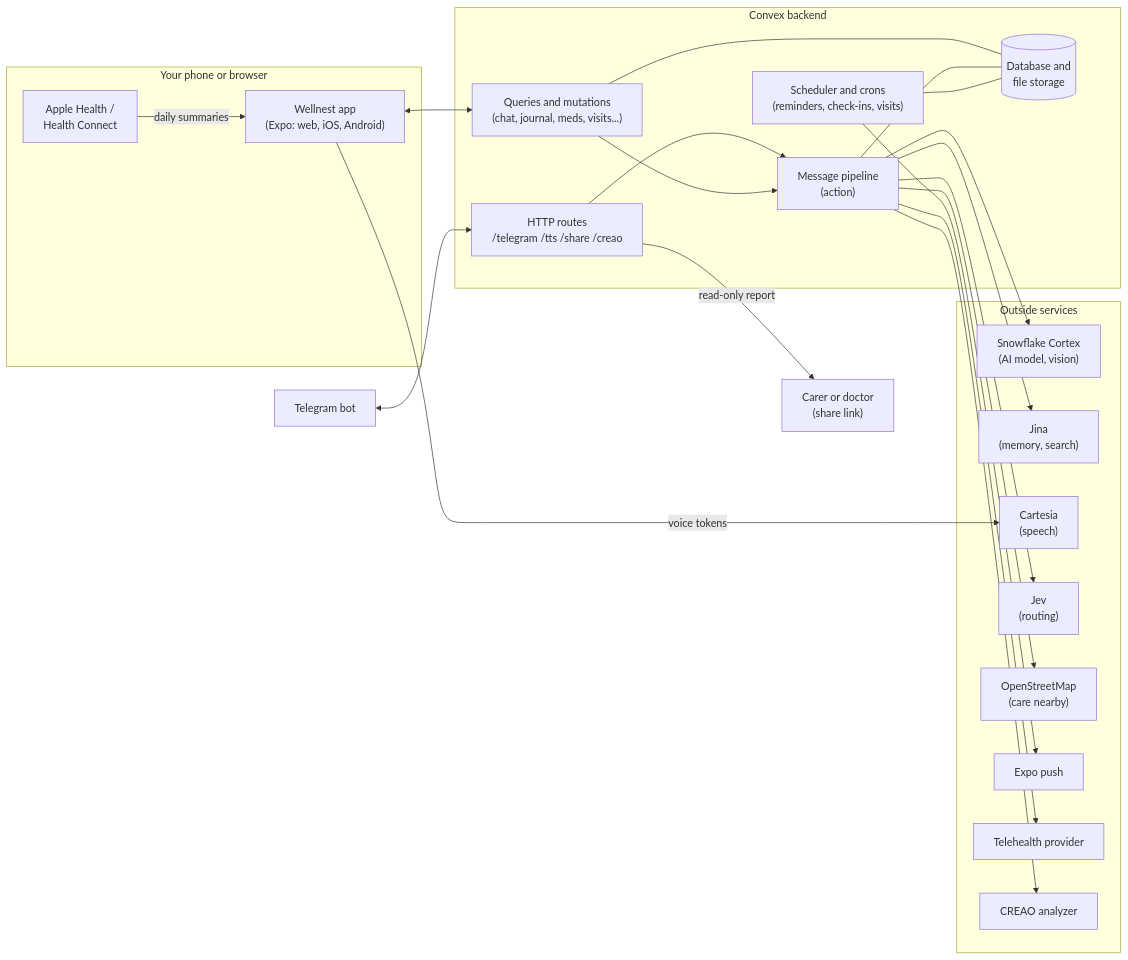
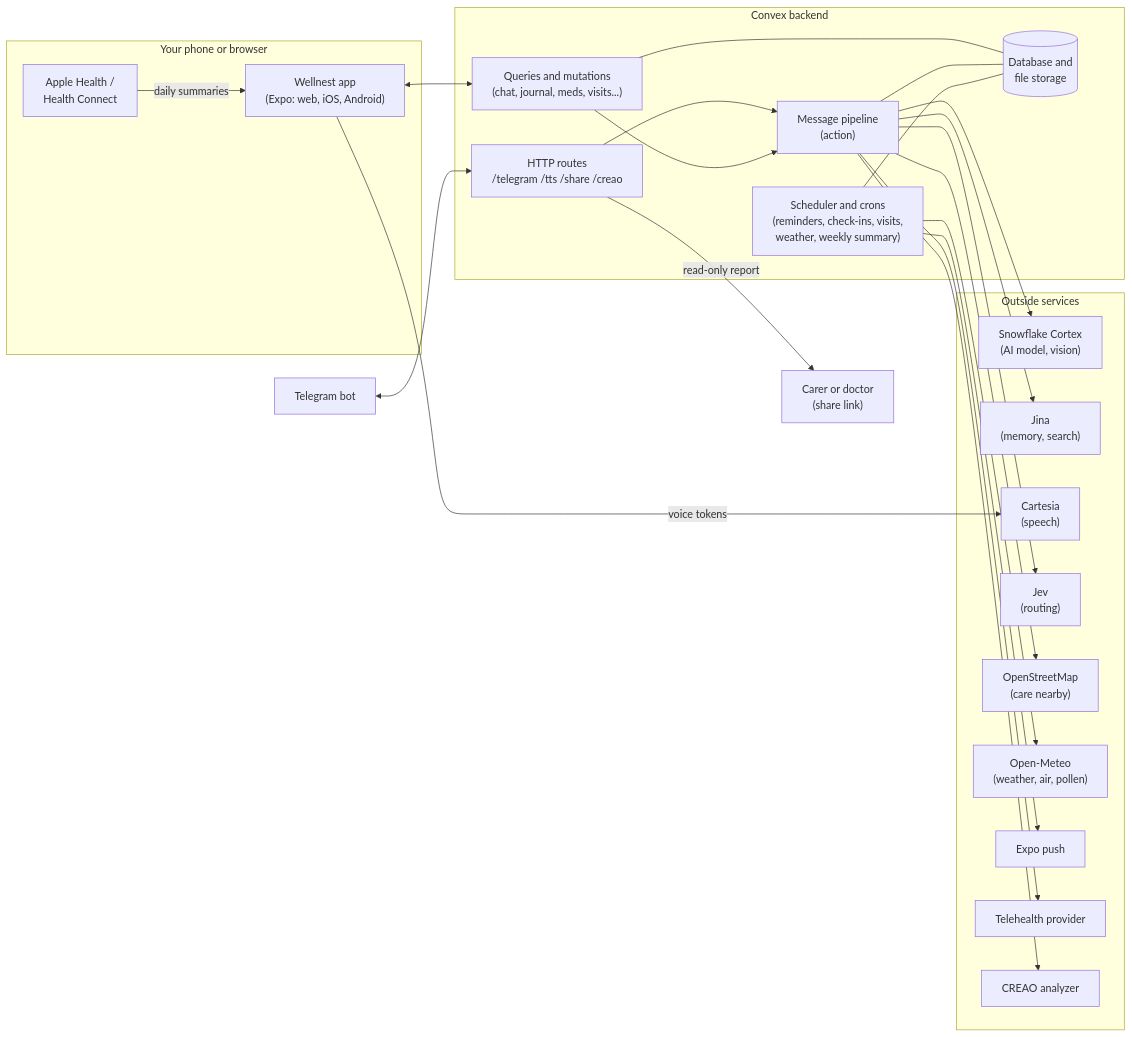
Before and after one commit to johnandrian/wellnest: the first of 4 diagrams in README.md, drawn with Mermaid. The commit also changed other lines of this file, not shown here.

Commit message:
doc: describe patterns, weather triggers, charts in chat, appointment questions and the weekly summary in the README

````diff
--- a/README.md
+++ b/README.md
@@ -23,36 +24,37 @@
 ```mermaid
 flowchart LR
   subgraph Phone["Your phone or browser"]
     App["Wellnest app<br/>(Expo: web, iOS, Android)"]
     HK["Apple Health /<br/>Health Connect"]
   end
   TG["Telegram bot"]
   subgraph Convex["Convex backend"]
     API["Queries and mutations<br/>(chat, journal, meds, visits...)"]
     PIPE["Message pipeline<br/>(action)"]
-    SCHED["Scheduler and crons<br/>(reminders, check-ins, visits)"]
+    SCHED["Scheduler and crons<br/>(reminders, check-ins, visits,<br/>weather, weekly summary)"]
     HTTP["HTTP routes<br/>/telegram /tts /share /creao"]
     DB[("Database and<br/>file storage")]
   end
   subgraph Services["Outside services"]
     CORTEX["Snowflake Cortex<br/>(AI model, vision)"]
     JINA["Jina<br/>(memory, search)"]
     CART["Cartesia<br/>(speech)"]
     JEV["Jev<br/>(routing)"]
     MAPS["OpenStreetMap<br/>(care nearby)"]
+    METEO["Open-Meteo<br/>(weather, air, pollen)"]
     PUSH["Expo push"]
     TELE["Telehealth provider"]
     CREAO["CREAO analyzer"]
   end
   HK -- "daily summaries" --> App
   App <--> API
   App -- "voice tokens" --> CART
   TG <--> HTTP
   HTTP --> PIPE
   API --> PIPE
   PIPE --> CORTEX & JINA & JEV
   PIPE --> MAPS & TELE & CREAO
   API & PIPE & SCHED --- DB
-  SCHED --> PUSH
+  SCHED --> PUSH & METEO
   HTTP -- "read-only report" --> Carer["Carer or doctor<br/>(share link)"]
 ```
````
